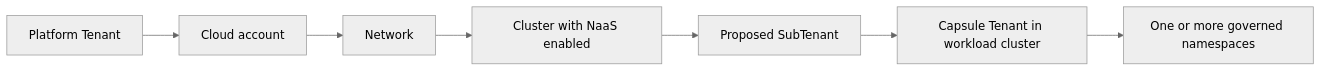
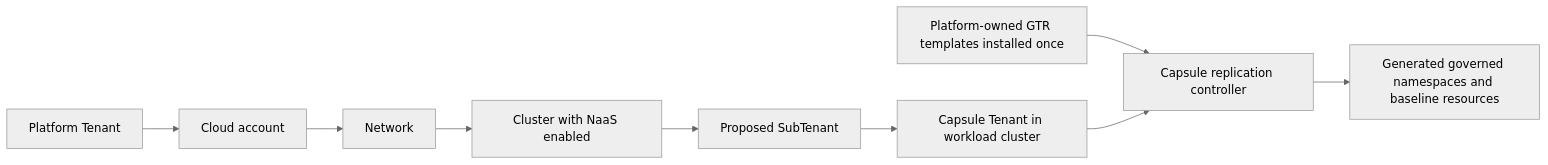
One commit to yindia/cluster-vending changed the diagram in docs/design/namespace-as-a-service.md. Above: the diagram before and after it, drawn with Mermaid (neutral theme). The commit also changed other lines of this file and 71 other files, not shown here.

````diff
--- a/docs/design/namespace-as-a-service.md
+++ b/docs/design/namespace-as-a-service.md
@@ -13,9 +13,11 @@
 ```mermaid
 flowchart LR
   PT[Platform Tenant] --> CA[Cloud account]
   CA --> N[Network]
   N --> C[Cluster with NaaS enabled]
   C --> ST[Proposed SubTenant]
   ST --> CT[Capsule Tenant in workload cluster]
-  CT --> NS[One or more governed namespaces]
+  GTR[Platform-owned GTR templates installed once] --> CAP[Capsule replication controller]
+  CT --> CAP
+  CAP --> NS[Generated governed namespaces and baseline resources]
 ```
````
